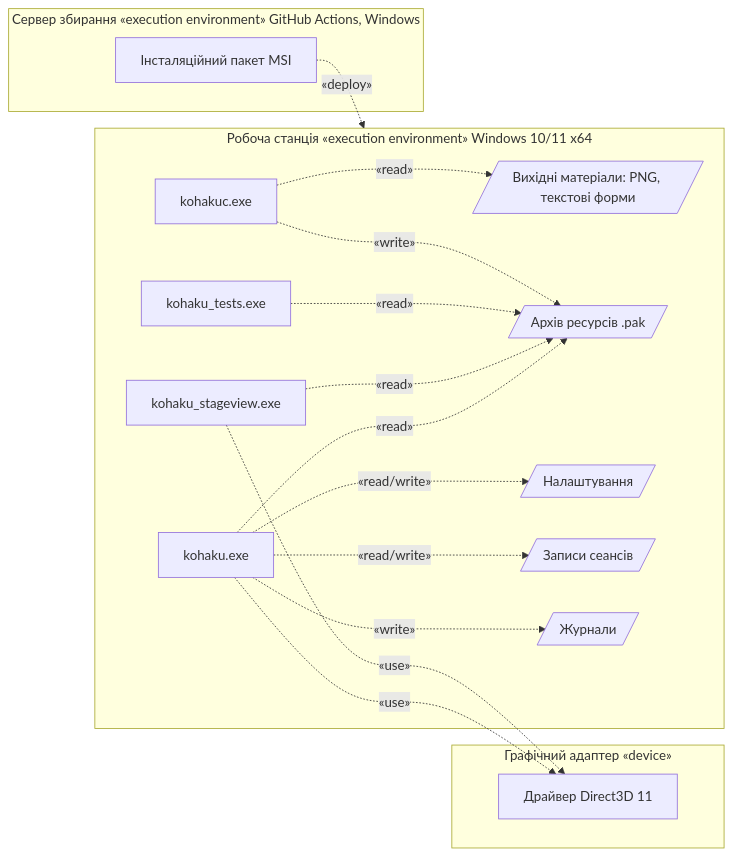
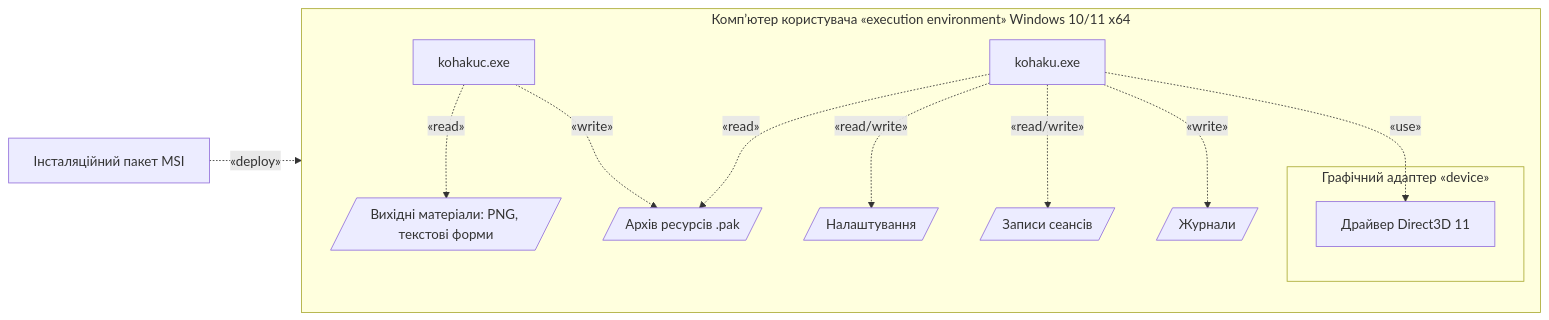
One commit to kostenuksoft/th-esis changed the second of 3 diagrams in docs/2_design.md. Above: the diagram before and after it, drawn with Mermaid. The commit also changed other lines of this file and 3 other files, not shown here.

````diff
--- a/docs/2_design.md
+++ b/docs/2_design.md
@@ -69,31 +69,24 @@
 ```mermaid
 flowchart LR
-    subgraph ci["Сервер збирання «execution environment» GitHub Actions, Windows"]
-        msi["Інсталяційний пакет MSI"]
-    end
-    subgraph pc["Робоча станція «execution environment» Windows 10/11 x64"]
+    msi["Інсталяційний пакет MSI"]
+    subgraph pc["Комп’ютер користувача «execution environment» Windows 10/11 x64"]
         sources[/"Вихідні матеріали: PNG, текстові форми"/]
         tool["kohakuc.exe"]
-        tests["kohaku_tests.exe"]
-        viewer["kohaku_stageview.exe"]
         assets[/"Архів ресурсів .pak"/]
         game["kohaku.exe"]
         settings[/"Налаштування"/]
         replays[/"Записи сеансів"/]
         logs[/"Журнали"/]
-    end
-    subgraph gpu["Графічний адаптер «device»"]
-        driver["Драйвер Direct3D 11"]
+        subgraph gpu["Графічний адаптер «device»"]
+            driver["Драйвер Direct3D 11"]
+        end
     end
     tool -. "«read»" .-> sources
     tool -. "«write»" .-> assets
-    tests -. "«read»" .-> assets
-    viewer -. "«read»" .-> assets
-    viewer -. "«use»" .-> driver
     game -. "«read»" .-> assets
     game -. "«read/write»" .-> settings
     game -. "«read/write»" .-> replays
     game -. "«write»" .-> logs
     game -. "«use»" .-> driver
     msi -. "«deploy»" .-> pc
 ```
````
